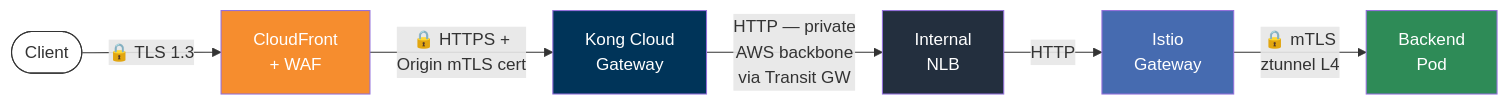
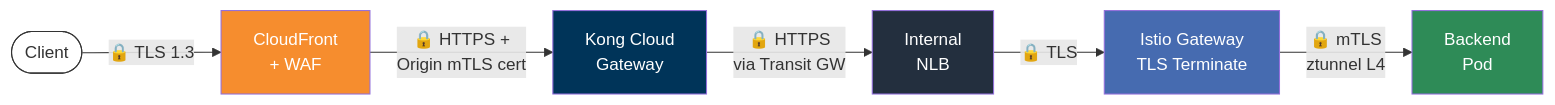
The second of 5 diagrams in README.md (shanaka-versent/Kong-Konnect-Cloud-Gateway-on-EKS), drawn with Mermaid before and after one commit. The commit also changed other lines of this file, not shown here.

First line of the commit message:
Show TLS termination at Istio Gateway in architecture diagrams

````diff
--- a/README.md
+++ b/README.md
@@ -93,15 +93,15 @@
 ```mermaid
 graph LR
     C([Client]) -->|"🔒 TLS 1.3"| CF
     CF[CloudFront<br/>+ WAF] -->|"🔒 HTTPS +<br/>Origin mTLS cert"| Kong
-    Kong[Kong Cloud<br/>Gateway] -->|"HTTP — private<br/>AWS backbone<br/>via Transit GW"| NLB[Internal<br/>NLB]
-    NLB -->|"HTTP"| IGW[Istio<br/>Gateway]
+    Kong[Kong Cloud<br/>Gateway] -->|"🔒 HTTPS<br/>via Transit GW"| NLB[Internal<br/>NLB]
+    NLB -->|"🔒 TLS"| IGW[Istio Gateway<br/>TLS Terminate]
     IGW -->|"🔒 mTLS<br/>ztunnel L4"| Pod[Backend<br/>Pod]
 
     style C fill:#fff,stroke:#333,color:#333
     style CF fill:#F68D2E,color:#fff
     style Kong fill:#003459,color:#fff
     style NLB fill:#232F3E,color:#fff
     style IGW fill:#466BB0,color:#fff
     style Pod fill:#2E8B57,color:#fff
 ```
````
